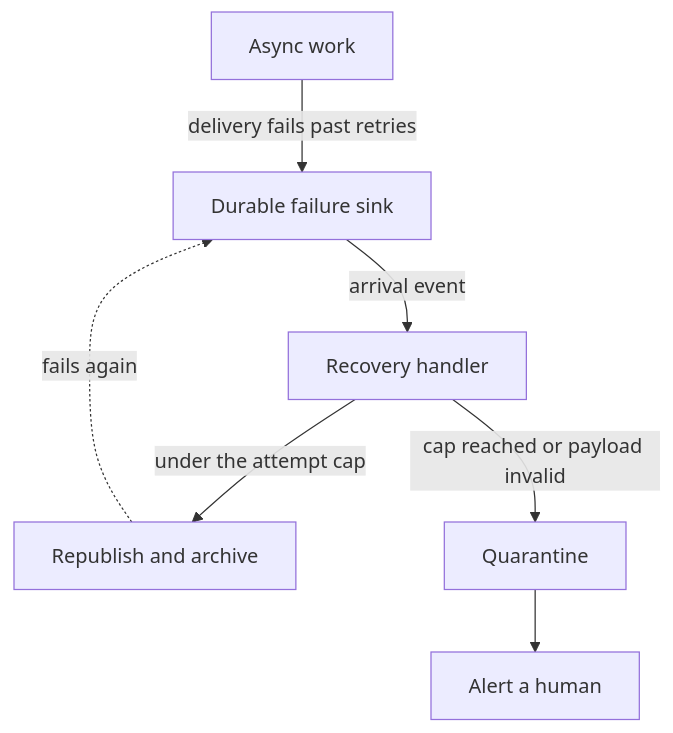
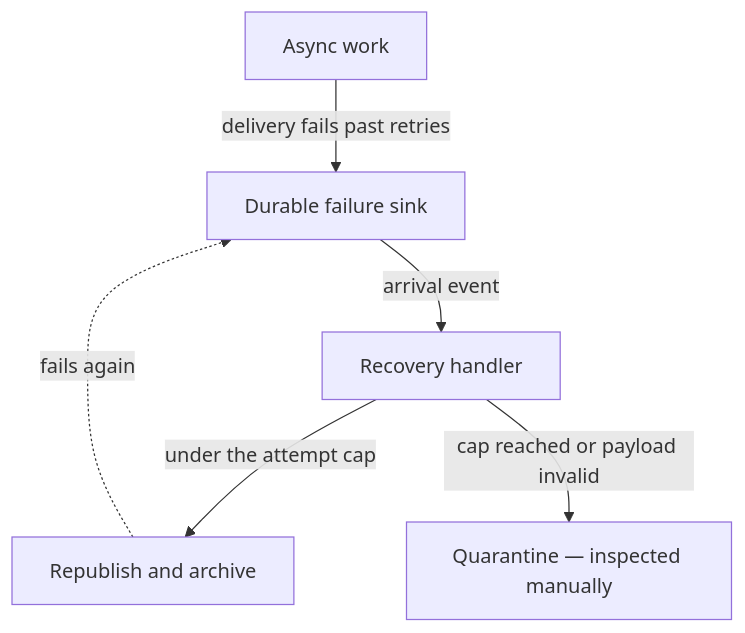
One commit to Esposter/Esposter changed the diagram in packages/app/content/docs/architecture/no-manual-recovery.md. Above: the diagram before and after it, drawn with Mermaid. The commit also changed other lines of this file and 13 other files, not shown here.

````diff
--- a/packages/app/content/docs/architecture/no-manual-recovery.md
+++ b/packages/app/content/docs/architecture/no-manual-recovery.md
@@ -16,9 +16,8 @@
 ```mermaid
 flowchart TD
   work[Async work] -->|delivery fails past retries| sink[Durable failure sink]
   sink -->|arrival event| handler[Recovery handler]
   handler -->|under the attempt cap| retry[Republish and archive]
-  handler -->|cap reached or payload invalid| quarantine[Quarantine]
-  quarantine --> alert[Alert a human]
+  handler -->|cap reached or payload invalid| quarantine[Quarantine — inspected manually]
   retry -.->|fails again| sink
 ```
````
